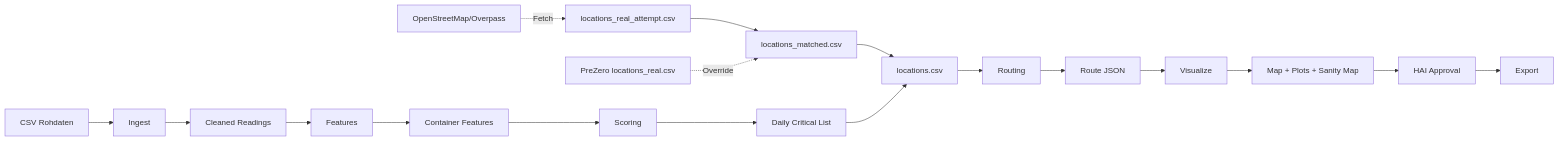
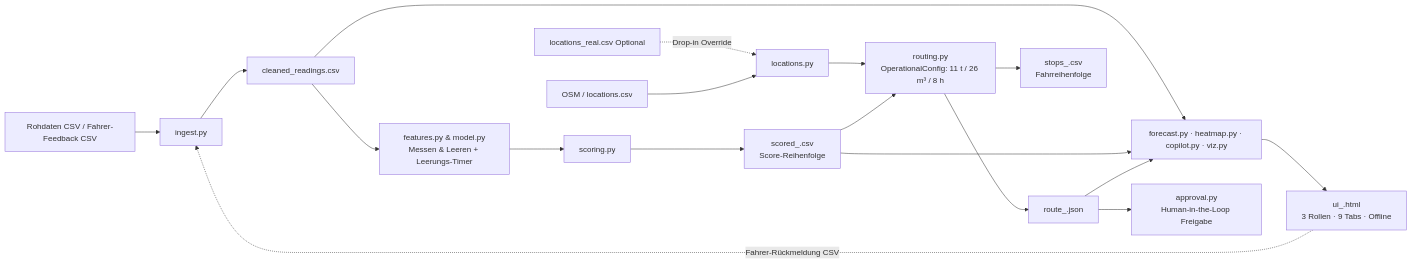
One commit to smlfg/GlasRoute-PreZero-HHN-FUTURECITYHACKATHON2026 changed the diagram in docs/ARCHITEKTUR.md. Above: the diagram before and after it, drawn with Mermaid. The commit also changed other lines of this file and 10 other files, not shown here.

Commit message:
feat(ui,routing,benchmark,docs): driver stop list, deterministic OR-Tools, behavior clusters, event markers, architecture docs

````diff
--- a/docs/ARCHITEKTUR.md
+++ b/docs/ARCHITEKTUR.md
@@ -3,20 +7,20 @@
 ```mermaid
 flowchart LR
-    A[CSV Rohdaten] --> B[Ingest]
-    B --> C[Cleaned Readings]
-    C --> D[Features]
-    D --> E[Container Features]
-    E --> F[Scoring]
-    F --> G[Daily Critical List]
-    R[OpenStreetMap/Overpass] -. Fetch .-> K1[locations_real_attempt.csv]
-    K1 --> K2[locations_matched.csv]
-    P[PreZero locations_real.csv] -. Override .-> K2
-    K2 --> H[locations.csv]
-    G --> H
-    H --> I[Routing]
-    I --> J[Route JSON]
-    J --> K[Visualize]
-    K --> L[Map + Plots + Sanity Map]
-    L --> M[HAI Approval]
-    M --> N[Export]
+    A[Rohdaten CSV / Fahrer-Feedback CSV] --> B[ingest.py]
+    B --> C[cleaned_readings.csv]
+    C --> D[features.py & model.py<br/>Messen & Leeren + Leerungs-Timer]
+    D --> E[scoring.py]
+    E --> F[scored_<date>.csv<br/>Score-Reihenfolge]
+    P[locations_real.csv Optional] -. Drop-in Override .-> L[locations.py]
+    O[OSM / locations.csv] --> L
+    L --> R[routing.py<br/>OperationalConfig: 11 t / 26 m³ / 8 h]
+    F --> R
+    R --> J1[route_<date>.json]
+    R --> J2[stops_<date>.csv<br/>Fahrreihenfolge]
+    C --> V[forecast.py · heatmap.py · copilot.py · viz.py]
+    F --> V
+    J1 --> V
+    V --> U[ui_<date>.html<br/>3 Rollen · 9 Tabs · Offline]
+    J1 --> AP[approval.py<br/>Human-in-the-Loop Freigabe]
+    U -. Fahrer-Rückmeldung CSV .-> B
 ```
````
